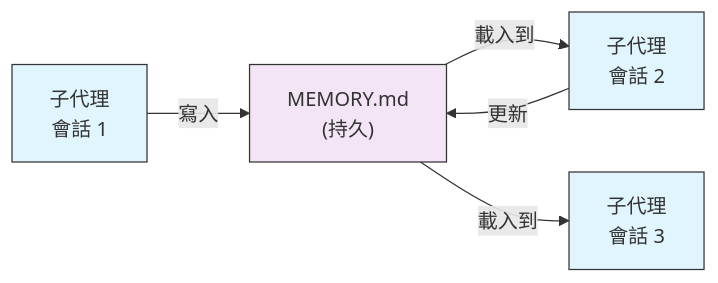
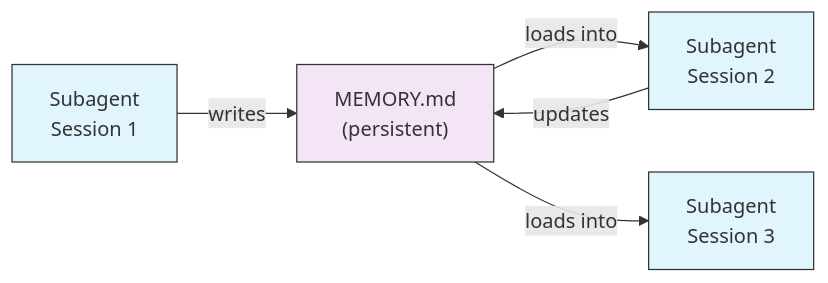
Before and after one commit to huckly/claude-howto-zh-tw: the first of 7 diagrams in 04-subagents/README.md, drawn with Mermaid. The commit also changed other lines of this file, not shown here.

Commit message:
🤖 04-subagents：Subagents 子代理 — 同步 v2.1.110

````diff
--- a/04-subagents/README.md
+++ b/04-subagents/README.md
@@ -435,12 +452,12 @@
 ```mermaid
 graph LR
-    A["子代理<br/>會話 1"] -->|寫入| M["MEMORY.md<br/>(持久)"]
-    M -->|載入到| B["子代理<br/>會話 2"]
-    B -->|更新| M
-    M -->|載入到| C["子代理<br/>會話 3"]
+    A["Subagent<br/>Session 1"] -->|writes| M["MEMORY.md<br/>(persistent)"]
+    M -->|loads into| B["Subagent<br/>Session 2"]
+    B -->|updates| M
+    M -->|loads into| C["Subagent<br/>Session 3"]
 
     style A fill:#e1f5fe,stroke:#333,color:#333
     style B fill:#e1f5fe,stroke:#333,color:#333
     style C fill:#e1f5fe,stroke:#333,color:#333
     style M fill:#f3e5f5,stroke:#333,color:#333
 ```
````
